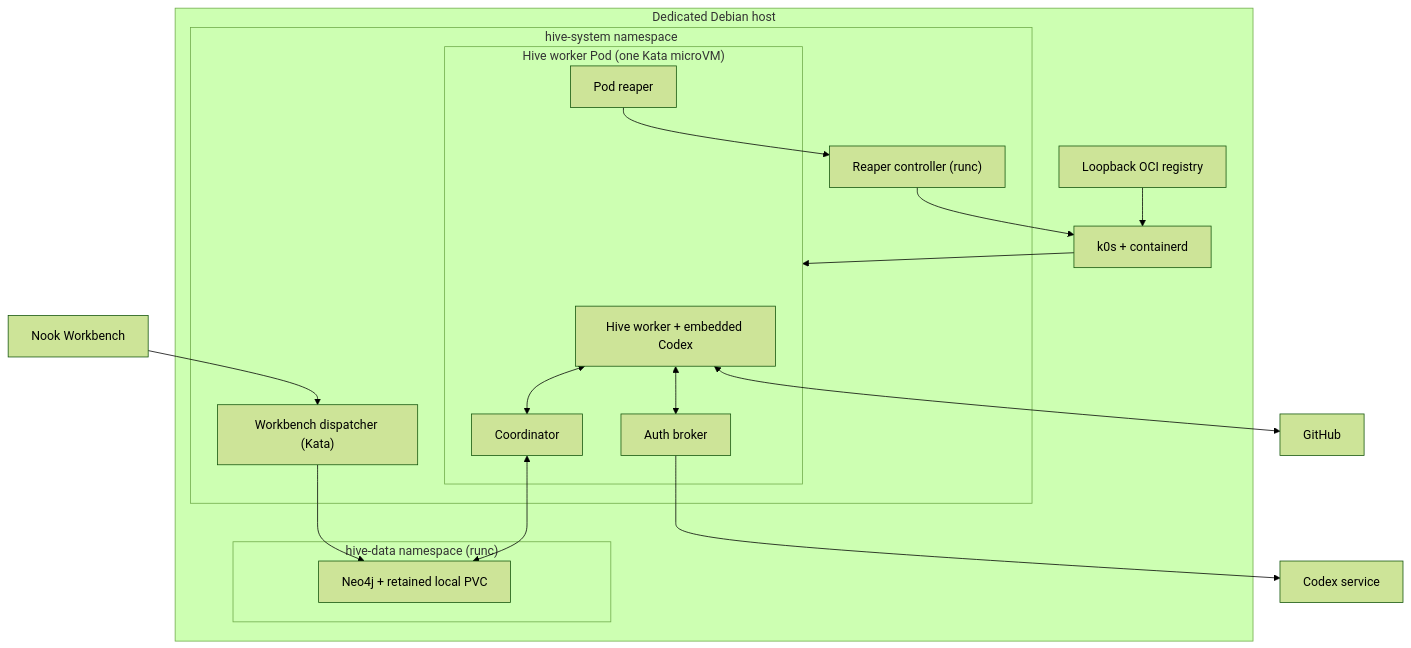
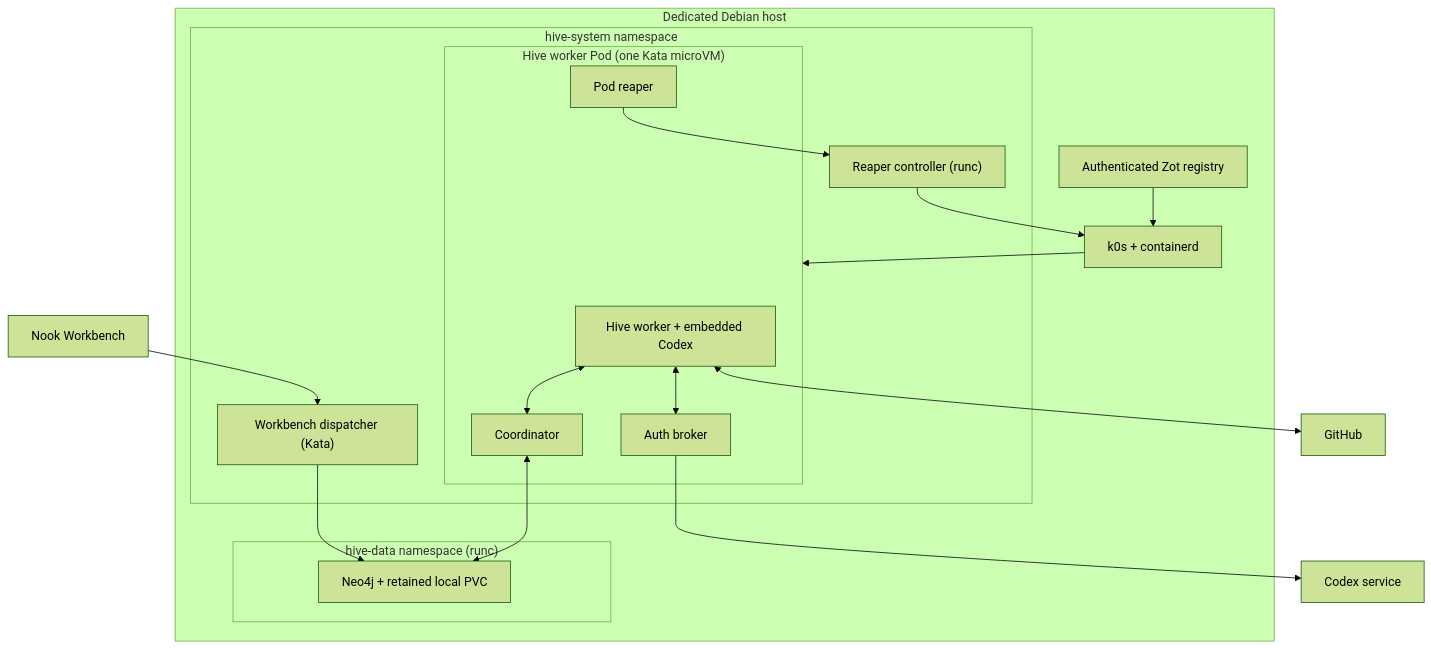
The first of 4 diagrams in .cortex/design-docs/hive-isolated-agent-platform.md (meta-secret/nook), drawn with Mermaid (forest theme) before and after one commit. The commit also changed 1 other file, not shown here.

Commit message:
docs: record Zot cache capacity

````diff
--- a/.cortex/design-docs/hive-isolated-agent-platform.md
+++ b/.cortex/design-docs/hive-isolated-agent-platform.md
@@ -45,35 +45,35 @@
 ```mermaid
 flowchart TB
   subgraph host["Dedicated Debian host"]
     k0s["k0s + containerd"]
-    registry["Loopback OCI registry"]
+    registry["Authenticated Zot registry"]
 
     subgraph data["hive-data namespace (runc)"]
       neo4j["Neo4j + retained local PVC"]
     end
 
     subgraph system["hive-system namespace"]
       dispatcher["Workbench dispatcher (Kata)"]
 
       subgraph pod["Hive worker Pod (one Kata microVM)"]
         worker["Hive worker + embedded Codex"]
         coordinator["Coordinator"]
         auth["Auth broker"]
         reaper["Pod reaper"]
       end
       reaper_controller["Reaper controller (runc)"]
     end
   end
 
   workbench["Nook Workbench"] --> dispatcher
   dispatcher --> neo4j
   worker <--> coordinator
   coordinator <--> neo4j
   worker <--> auth
   worker <--> github["GitHub"]
   auth --> codex_api["Codex service"]
   reaper --> reaper_controller
   reaper_controller --> k0s
   k0s --> pod
   registry --> k0s
 ```
````
